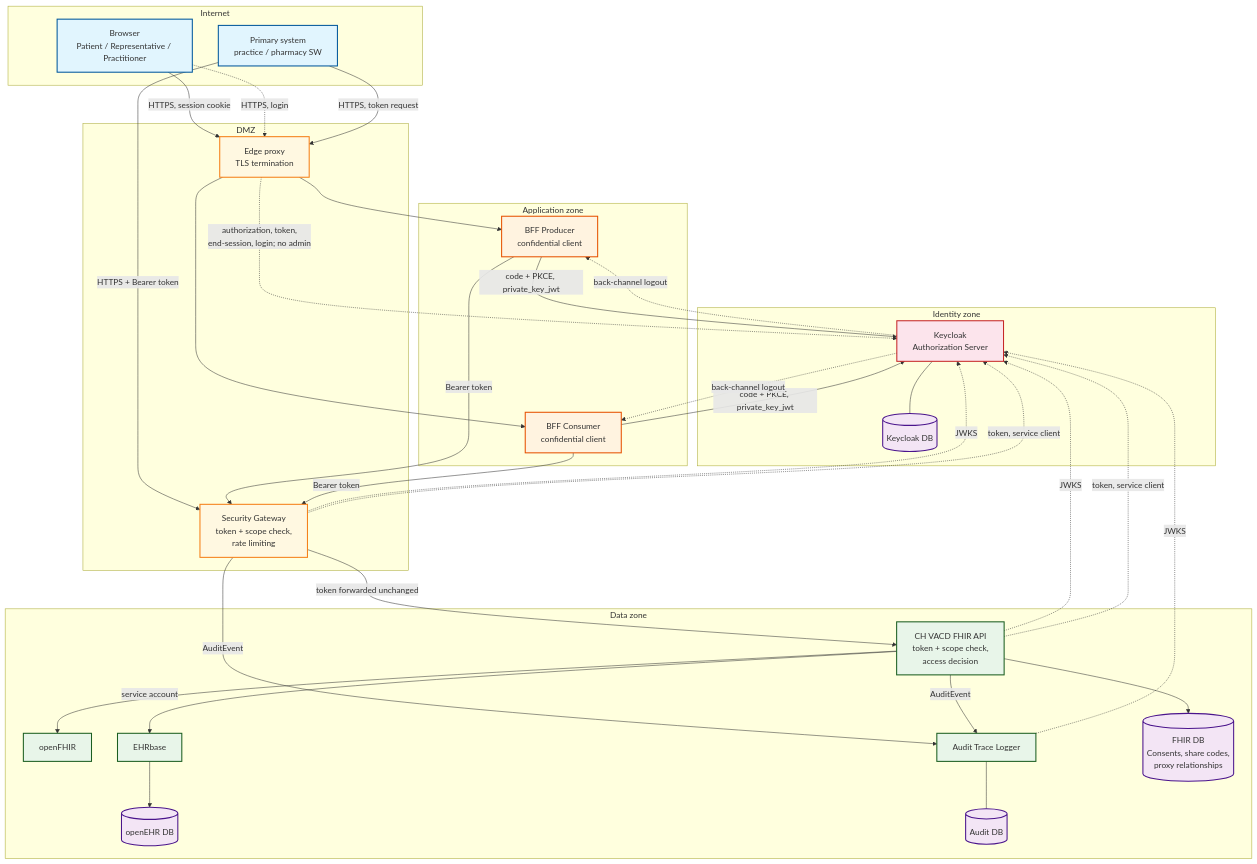
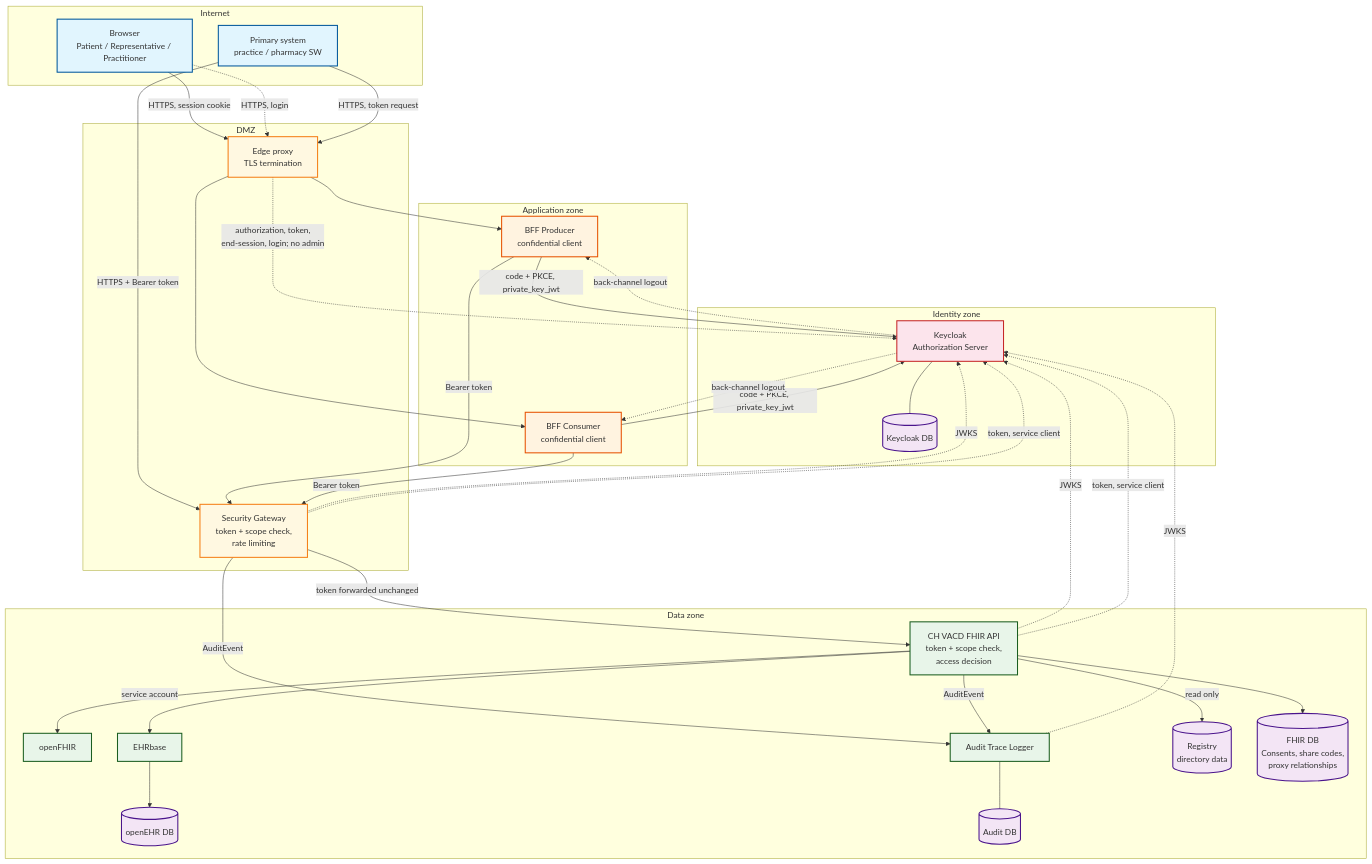
Before and after one commit to wg-hl7-openehr-ch/vaccination-domain-poc: the first of 3 diagrams in docs/security/security.md, drawn with Mermaid. The commit also changed other lines of this file and 2 other files, not shown here.

````diff
--- a/docs/security/security.md
+++ b/docs/security/security.md
@@ -161,68 +165,70 @@
 ```mermaid
 graph TD
     classDef ext fill:#e1f5fe,stroke:#01579b,stroke-width:2px;
     classDef iam fill:#fce4ec,stroke:#c62828,stroke-width:2px;
     classDef pep fill:#fff8e1,stroke:#f57f17,stroke-width:2px;
     classDef bff fill:#fff3e0,stroke:#e65100,stroke-width:2px;
     classDef core fill:#e8f5e9,stroke:#1b5e20,stroke-width:2px;
     classDef db fill:#f3e5f5,stroke:#4a148c,stroke-width:2px;
 
     subgraph Internet
         BR[Browser<br/>Patient / Representative / Practitioner]:::ext
         PS[Primary system<br/>practice / pharmacy SW]:::ext
     end
 
     subgraph DMZ
         NX[Edge proxy<br/>TLS termination]:::pep
         GW[Security Gateway<br/>token + scope check,<br/>rate limiting]:::pep
     end
 
     subgraph Identity zone
         KC[Keycloak<br/>Authorization Server]:::iam
         KDB[(Keycloak DB)]:::db
     end
 
     subgraph Application zone
         BFF_P[BFF Producer<br/>confidential client]:::bff
         BFF_C[BFF Consumer<br/>confidential client]:::bff
     end
 
     subgraph Data zone
         FAS[CH VACD FHIR API<br/>token + scope check,<br/>access decision]:::core
         OF[openFHIR]:::core
         OES[EHRbase]:::core
         AUD[Audit Trace Logger]:::core
+        REG[(Registry<br/>directory data)]:::db
         FDB[(FHIR DB<br/>Consents, share codes,<br/>proxy relationships)]:::db
         ODB[(openEHR DB)]:::db
         ADB[(Audit DB)]:::db
     end
 
     BR -->|HTTPS, session cookie| NX
     BR -.->|HTTPS, login| NX
     NX --> BFF_P
     NX --> BFF_C
     NX -.->|authorization, token,<br/>end-session, login; no admin| KC
     PS -->|HTTPS, token request| NX
     PS -->|HTTPS + Bearer token| GW
     BFF_P -->|code + PKCE, private_key_jwt| KC
     BFF_C -->|code + PKCE, private_key_jwt| KC
     KC --- KDB
 
     BFF_P -->|Bearer token| GW
     BFF_C -->|Bearer token| GW
     GW -.->|JWKS| KC
     GW -->|token forwarded unchanged| FAS
     FAS -.->|JWKS| KC
     AUD -.->|JWKS| KC
     GW -.->|token, service client| KC
     FAS -.->|token, service client| KC
     KC -.->|back-channel logout| BFF_P
     KC -.->|back-channel logout| BFF_C
     GW -->|AuditEvent| AUD
     FAS -->|AuditEvent| AUD
     AUD --- ADB
     FAS --> FDB
+    FAS -->|read only| REG
     FAS --> OF
     FAS -->|service account| OES
     OES --> ODB
 ```
````
